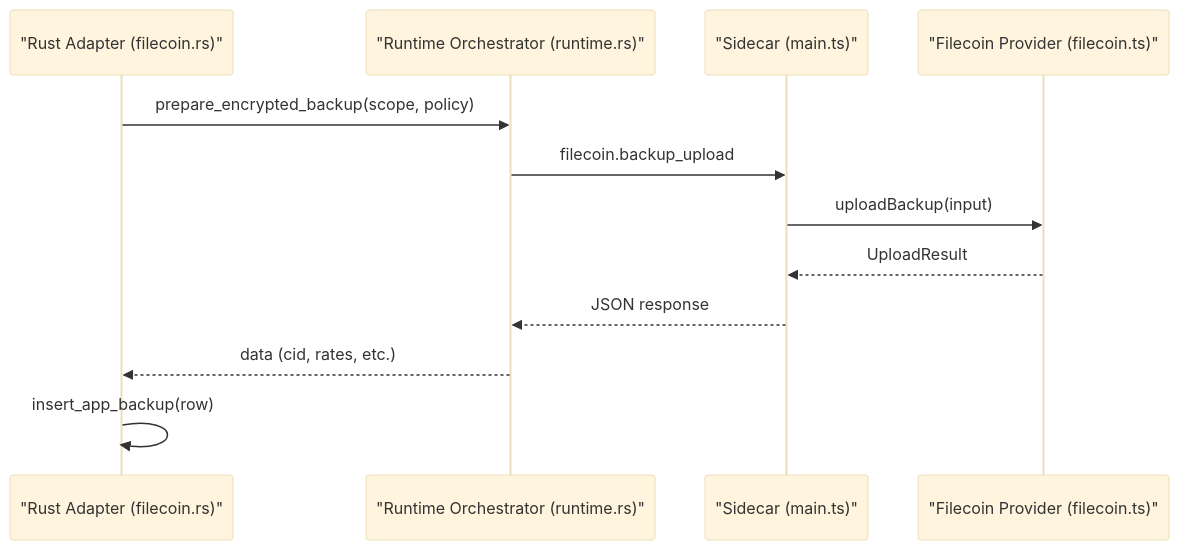
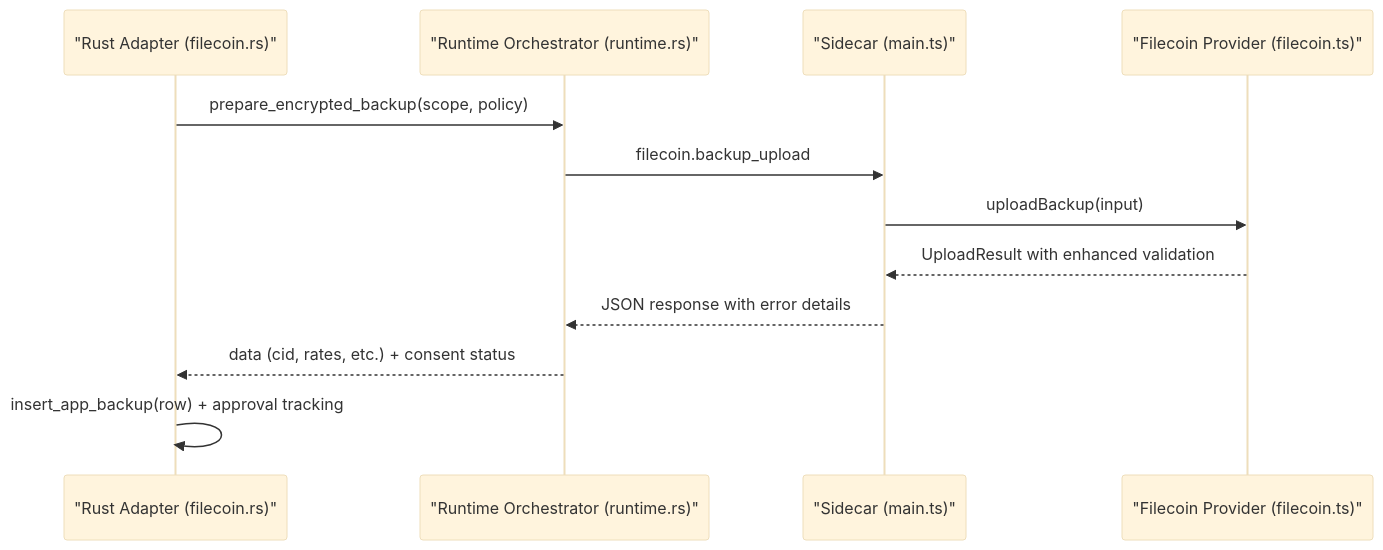
One commit to sanketnighot/shadow-protocol changed the fourth of 10 diagrams in .qoder/repowiki/en/content/Applications & Extensions/Runtime Providers.md. Above: the diagram before and after it, drawn with Mermaid (base theme). The commit also changed other lines of this file and 9 other files, not shown here.

First line of the commit message:
feat: Enhance SHADOW Protocol with new Flow and AI services integration

````diff
--- a/.qoder/repowiki/en/content/Applications & Extensions/Runtime Providers.md
+++ b/.qoder/repowiki/en/content/Applications & Extensions/Runtime Providers.md
@@ -180,14 +228,14 @@
 ```mermaid
 sequenceDiagram
 participant RS as "Rust Adapter (filecoin.rs)"
 participant RT as "Runtime Orchestrator (runtime.rs)"
 participant TS as "Sidecar (main.ts)"
 participant FC as "Filecoin Provider (filecoin.ts)"
 RS->>RT : prepare_encrypted_backup(scope, policy)
 RT->>TS : filecoin.backup_upload
 TS->>FC : uploadBackup(input)
-FC-->>TS : UploadResult
-TS-->>RT : JSON response
-RT-->>RS : data (cid, rates, etc.)
-RS->>RS : insert_app_backup(row)
+FC-->>TS : UploadResult with enhanced validation
+TS-->>RT : JSON response with error details
+RT-->>RS : data (cid, rates, etc.) + consent status
+RS->>RS : insert_app_backup(row) + approval tracking
 ```
````
